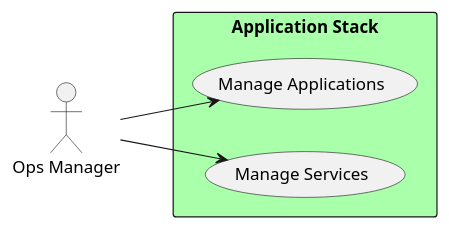
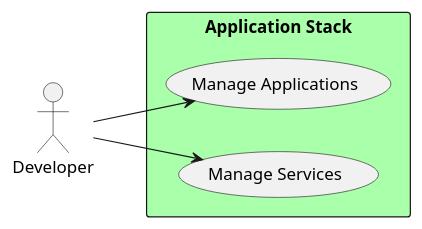
The diagram in docs/Solution/Application-Stack/UseCases.puml (CAADE/fleet), drawn with PlantUML before and after one commit. The commit also changed 8 other files, not shown here.

```diff
--- a/docs/Solution/Application-Stack/UseCases.puml
+++ b/docs/Solution/Application-Stack/UseCases.puml
@@ -1,16 +1,16 @@
 @startuml
 
 left to right direction
 
-actor :Ops Manager: as Ops
+actor :Developer: as Dev
 
 rectangle "Application Stack" #aaffaa {
 UseCase UC1 as "Manage Applications"
 UseCase UC2  as "Manage Services"
 
 
-Ops --> UC1
-Ops --> UC2
+Dev --> UC1
+Dev --> UC2
 }
 
 @enduml
```
